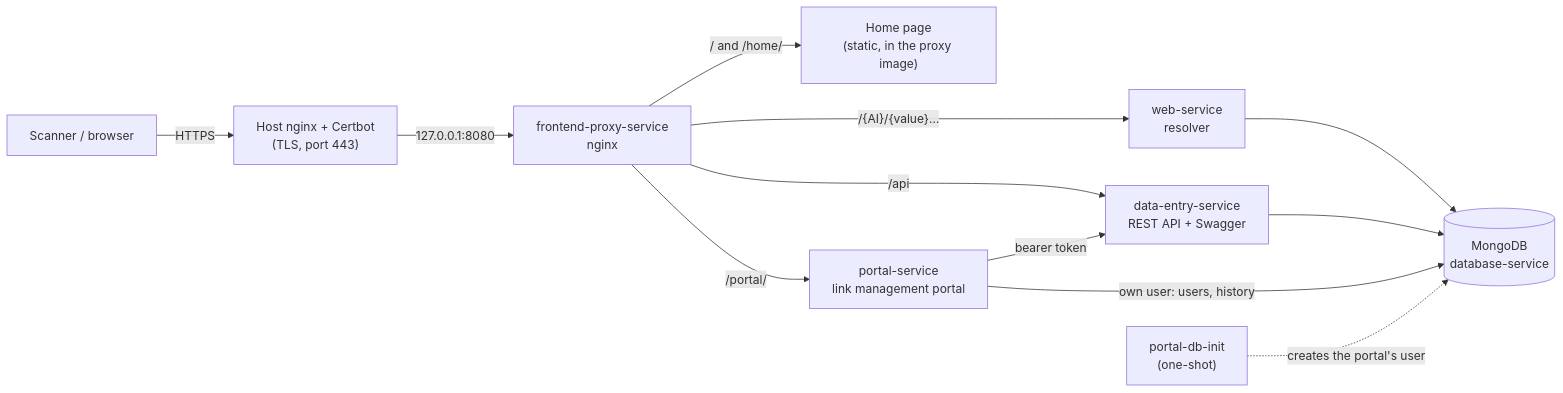
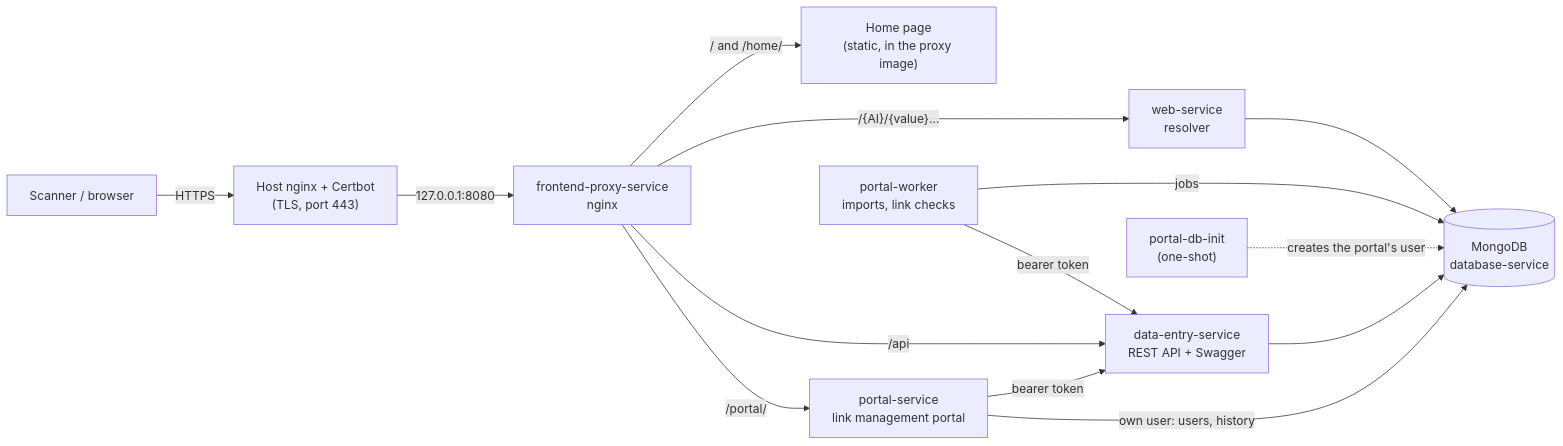
One commit to ricardomelo/GS1_DigitalLink_Resolver_CE changed the diagram in README.md. Above: the diagram before and after it, drawn with Mermaid. The commit also changed other lines of this file and 28 other files, not shown here.

````diff
--- a/README.md
+++ b/README.md
@@ -112,14 +112,16 @@
 ```mermaid
 flowchart LR
     client["Scanner / browser"] -->|HTTPS| edge["Host nginx + Certbot<br/>(TLS, port 443)"]
     edge -->|"127.0.0.1:8080"| proxy["frontend-proxy-service<br/>nginx"]
     proxy -->|"/  and  /home/"| home["Home page<br/>(static, in the proxy image)"]
     proxy -->|"/{AI}/{value}…"| web["web-service<br/>resolver"]
     proxy -->|"/api"| de["data-entry-service<br/>REST API + Swagger"]
     proxy -->|"/portal/"| portal["portal-service<br/>link management portal"]
     portal -->|"bearer token"| de
     web --> db[("MongoDB<br/>database-service")]
     de --> db
     portal -->|"own user: users, history"| db
     init["portal-db-init<br/>(one-shot)"] -.->|"creates the portal's user"| db
+    worker["portal-worker<br/>imports, link checks"] -->|"jobs"| db
+    worker -->|"bearer token"| de
 ```
````
